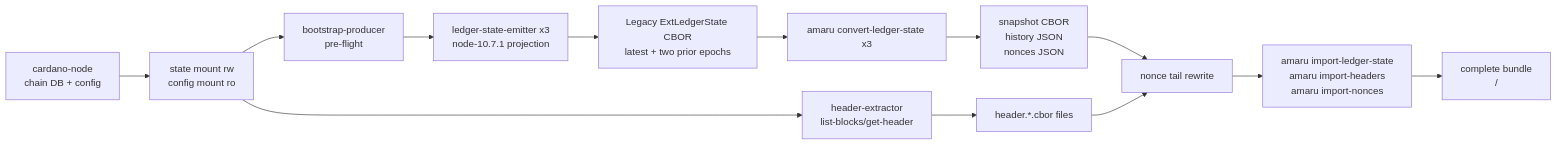
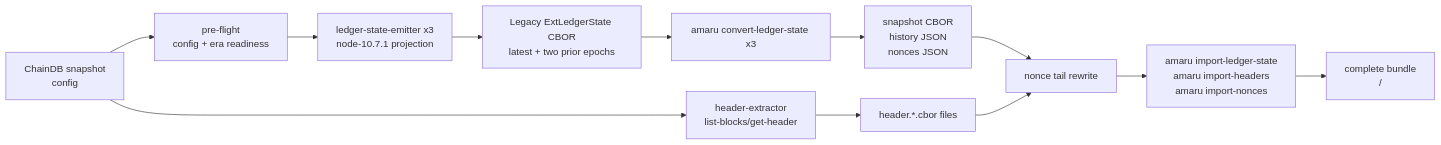
Before and after one commit to lambdasistemi/amaru-bootstrap: the second of 8 diagrams in docs/architecture.md, drawn with Mermaid. The commit also changed other lines of this file and 8 other files, not shown here.

````diff
--- a/docs/architecture.md
+++ b/docs/architecture.md
@@ -10,17 +43,16 @@
 ```mermaid
 flowchart LR
-    node["cardano-node\nchain DB + config"] --> mount["state mount rw\nconfig mount ro"]
-    mount --> preflight["bootstrap-producer\npre-flight"]
+    mount["ChainDB snapshot\nconfig"] --> preflight["pre-flight\nconfig + era readiness"]
     preflight --> emitter["ledger-state-emitter x3\nnode-10.7.1 projection"]
     emitter --> legacy["Legacy ExtLedgerState CBOR\nlatest + two prior epochs"]
     legacy --> convert["amaru convert-ledger-state x3"]
-    convert --> snapshot["snapshot CBOR\nhistory JSON\nnonces JSON"]
+    convert --> snapshots["snapshot CBOR\nhistory JSON\nnonces JSON"]
 
     mount --> headers["header-extractor\nlist-blocks/get-header"]
     headers --> headerFiles["header.*.cbor files"]
 
-    snapshot --> compose["nonce tail rewrite"]
+    snapshots --> compose["nonce tail rewrite"]
     headerFiles --> compose
     compose --> imports["amaru import-ledger-state\namaru import-headers\namaru import-nonces"]
     imports --> bundle["complete bundle\n<bundle>/<network>"]
 ```
````
